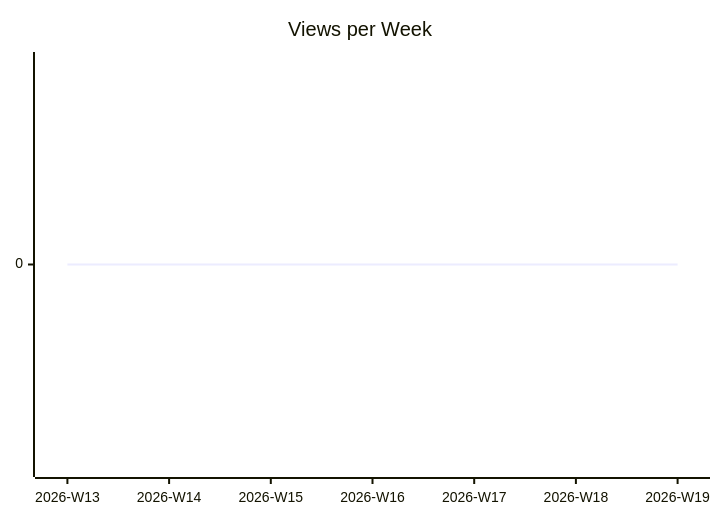
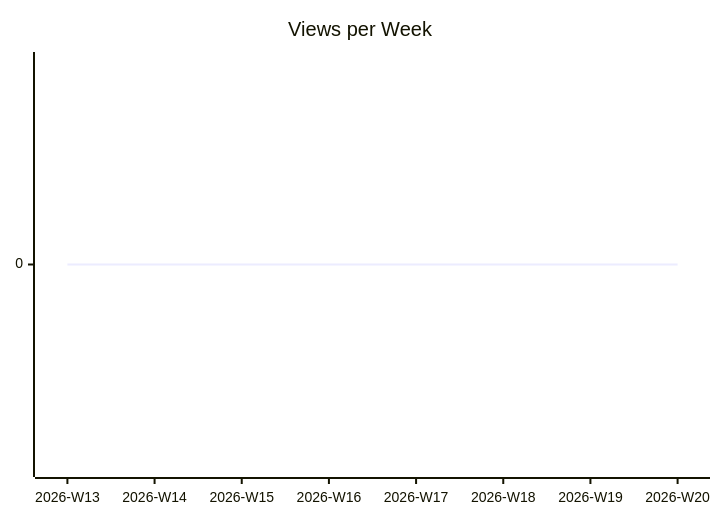
One commit to justdavis-family/github-analytics-data changed the second of 3 diagrams in karlmdavis/test-repo-for-move/README.md. Above: the diagram before and after it, drawn with Mermaid. The commit also changed other lines of this file and 176 other files, not shown here.

````diff
--- a/karlmdavis/test-repo-for-move/README.md
+++ b/karlmdavis/test-repo-for-move/README.md
@@ -12,6 +12,6 @@
 ```mermaid
 xychart-beta
   title "Views per Week"
-  x-axis ["2026-W13", "2026-W14", "2026-W15", "2026-W16", "2026-W17", "2026-W18", "2026-W19"]
-  line [0, 0, 0, 0, 0, 0, 0]
+  x-axis ["2026-W13", "2026-W14", "2026-W15", "2026-W16", "2026-W17", "2026-W18", "2026-W19", "2026-W20"]
+  line [0, 0, 0, 0, 0, 0, 0, 0]
 ```
````
